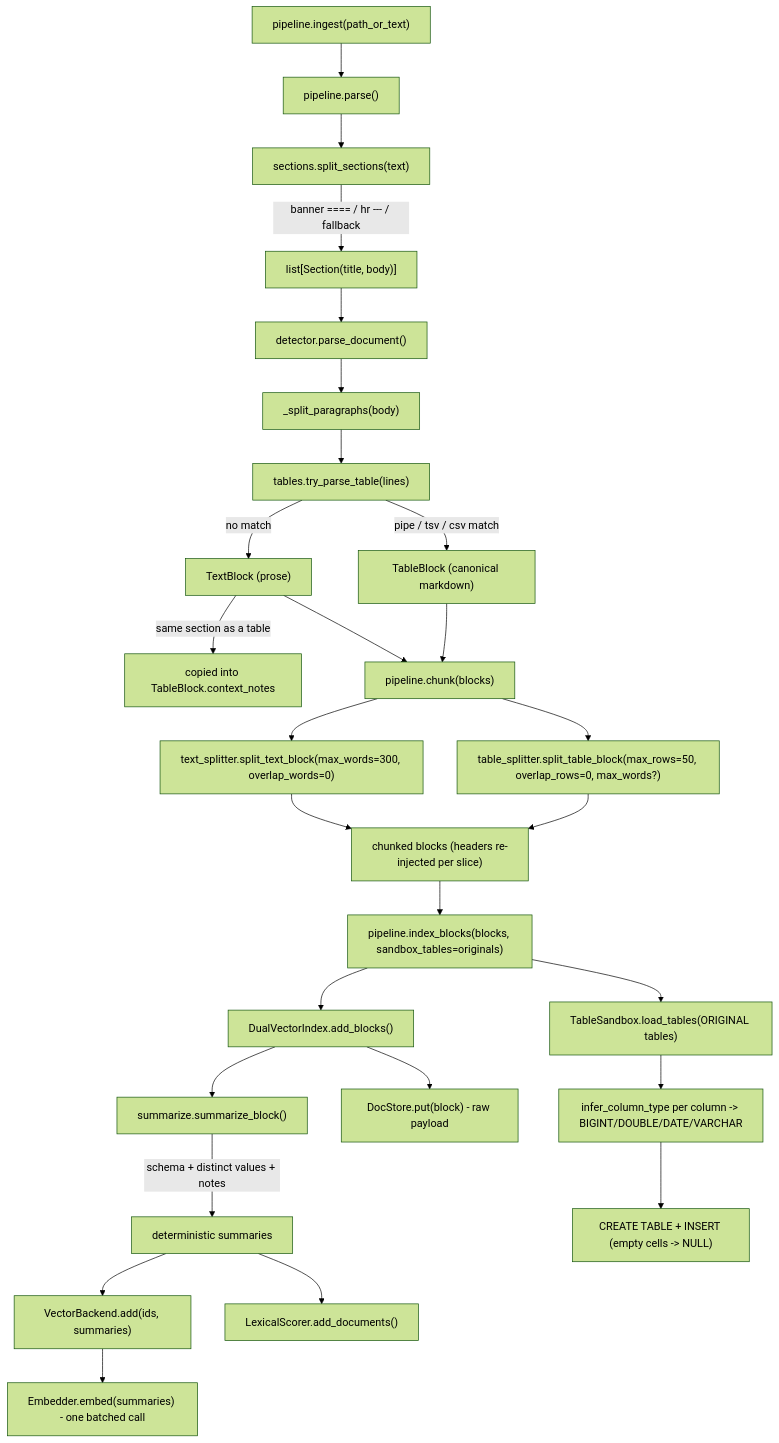
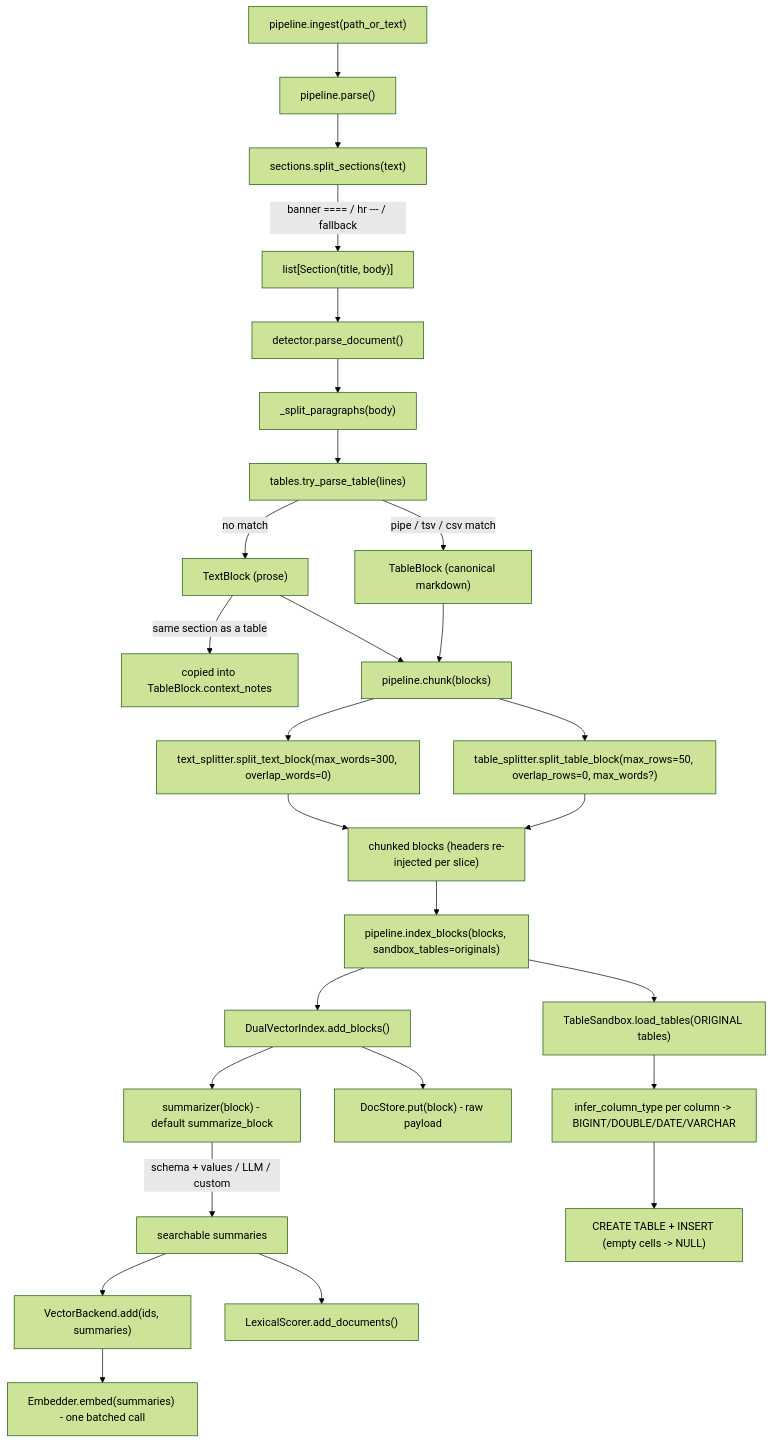
Before and after one commit to cronan03/tRAG: the second of 3 diagrams in docs/DESIGN.md, drawn with Mermaid (forest theme). The commit also changed other lines of this file and 11 other files, not shown here.

````diff
--- a/docs/DESIGN.md
+++ b/docs/DESIGN.md
@@ -64,31 +64,31 @@
 ```mermaid
 flowchart TB
     ingest["pipeline.ingest(path_or_text)"] --> parse["pipeline.parse()"]
     parse --> splitSections["sections.split_sections(text)"]
     splitSections -->|"banner ==== / hr --- / fallback"| sectionList["list[Section(title, body)]"]
     sectionList --> parseDoc["detector.parse_document()"]
     parseDoc --> splitParas["_split_paragraphs(body)"]
     splitParas --> tryTable["tables.try_parse_table(lines)"]
     tryTable -->|"pipe / tsv / csv match"| tblBlock["TableBlock (canonical markdown)"]
     tryTable -->|"no match"| txtBlock["TextBlock (prose)"]
     txtBlock -->|"same section as a table"| notes["copied into TableBlock.context_notes"]
 
     tblBlock --> chunk["pipeline.chunk(blocks)"]
     txtBlock --> chunk
     chunk --> splitTbl["table_splitter.split_table_block(max_rows=50, overlap_rows=0, max_words?)"]
     chunk --> splitTxt["text_splitter.split_text_block(max_words=300, overlap_words=0)"]
     splitTbl --> chunked["chunked blocks (headers re-injected per slice)"]
     splitTxt --> chunked
 
     chunked --> indexBlocks["pipeline.index_blocks(blocks, sandbox_tables=originals)"]
     indexBlocks --> addBlocks["DualVectorIndex.add_blocks()"]
-    addBlocks --> summarize["summarize.summarize_block()"]
-    summarize -->|"schema + distinct values + notes"| summaries["deterministic summaries"]
+    addBlocks --> summarize["summarizer(block) - default summarize_block"]
+    summarize -->|"schema + values / LLM / custom"| summaries["searchable summaries"]
     summaries --> backendAdd["VectorBackend.add(ids, summaries)"]
     backendAdd --> embed["Embedder.embed(summaries) - one batched call"]
     addBlocks --> putDoc["DocStore.put(block) - raw payload"]
     summaries --> lexAdd["LexicalScorer.add_documents()"]
     indexBlocks --> loadTables["TableSandbox.load_tables(ORIGINAL tables)"]
     loadTables --> typeInfer["infer_column_type per column -> BIGINT/DOUBLE/DATE/VARCHAR"]
     typeInfer --> createInsert["CREATE TABLE + INSERT (empty cells -> NULL)"]
 ```
````
